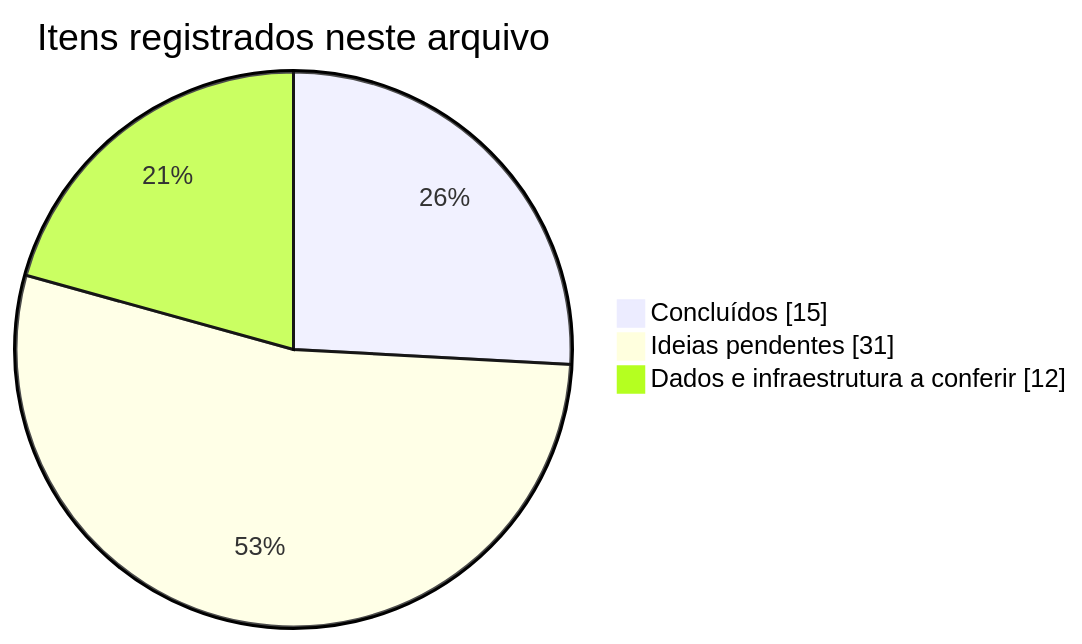
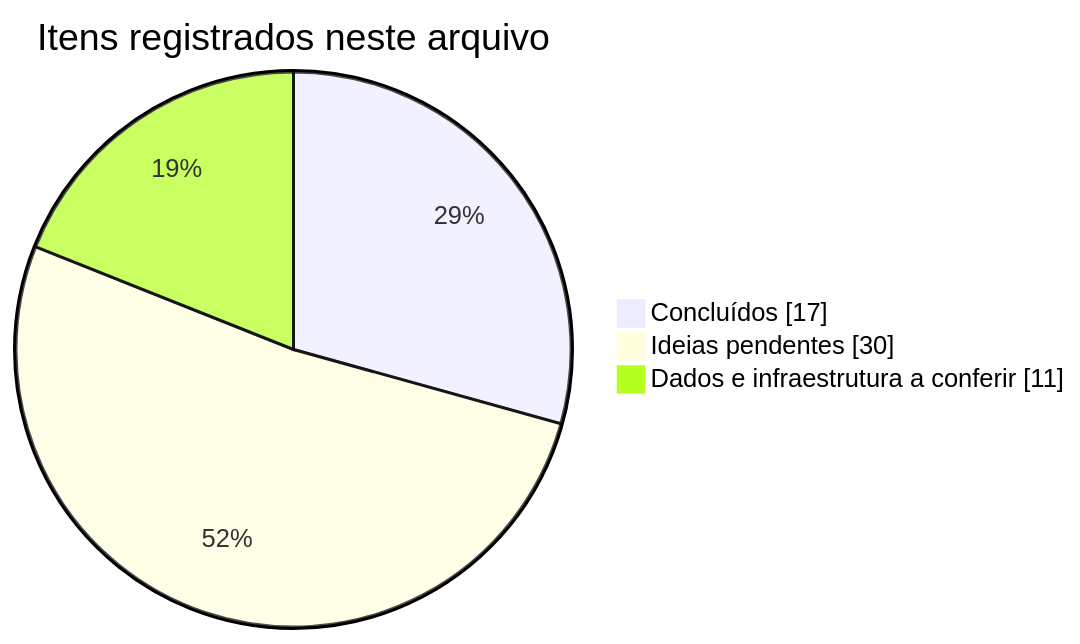
One commit to floriatanscosta/floriatanscosta.github.io changed the diagram in PENDENCIAS.md. Above: the diagram before and after it, drawn with Mermaid. The commit also changed other lines of this file and 18 other files, not shown here.

````diff
--- a/PENDENCIAS.md
+++ b/PENDENCIAS.md
@@ -9,6 +9,6 @@
 ```mermaid
 pie showData title Itens registrados neste arquivo
-    "Concluídos" : 15
-    "Ideias pendentes" : 31
-    "Dados e infraestrutura a conferir" : 12
+    "Concluídos" : 17
+    "Ideias pendentes" : 30
+    "Dados e infraestrutura a conferir" : 11
 ```
````
